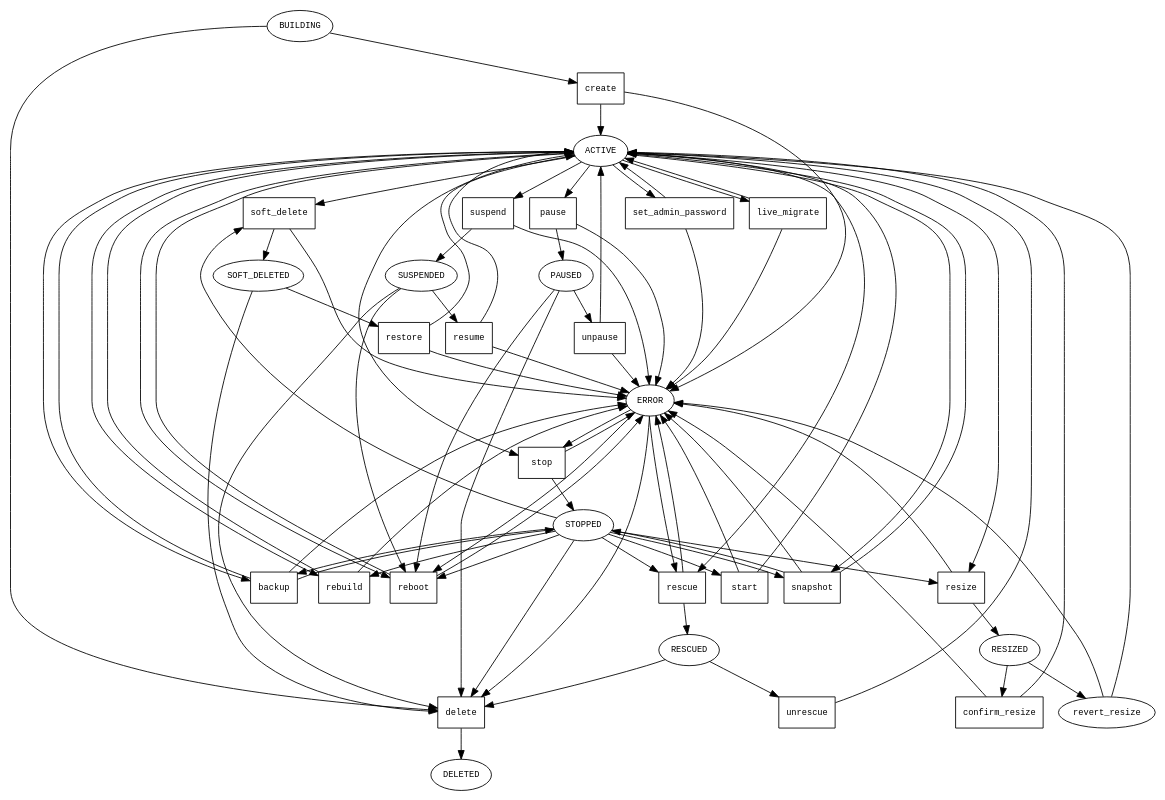
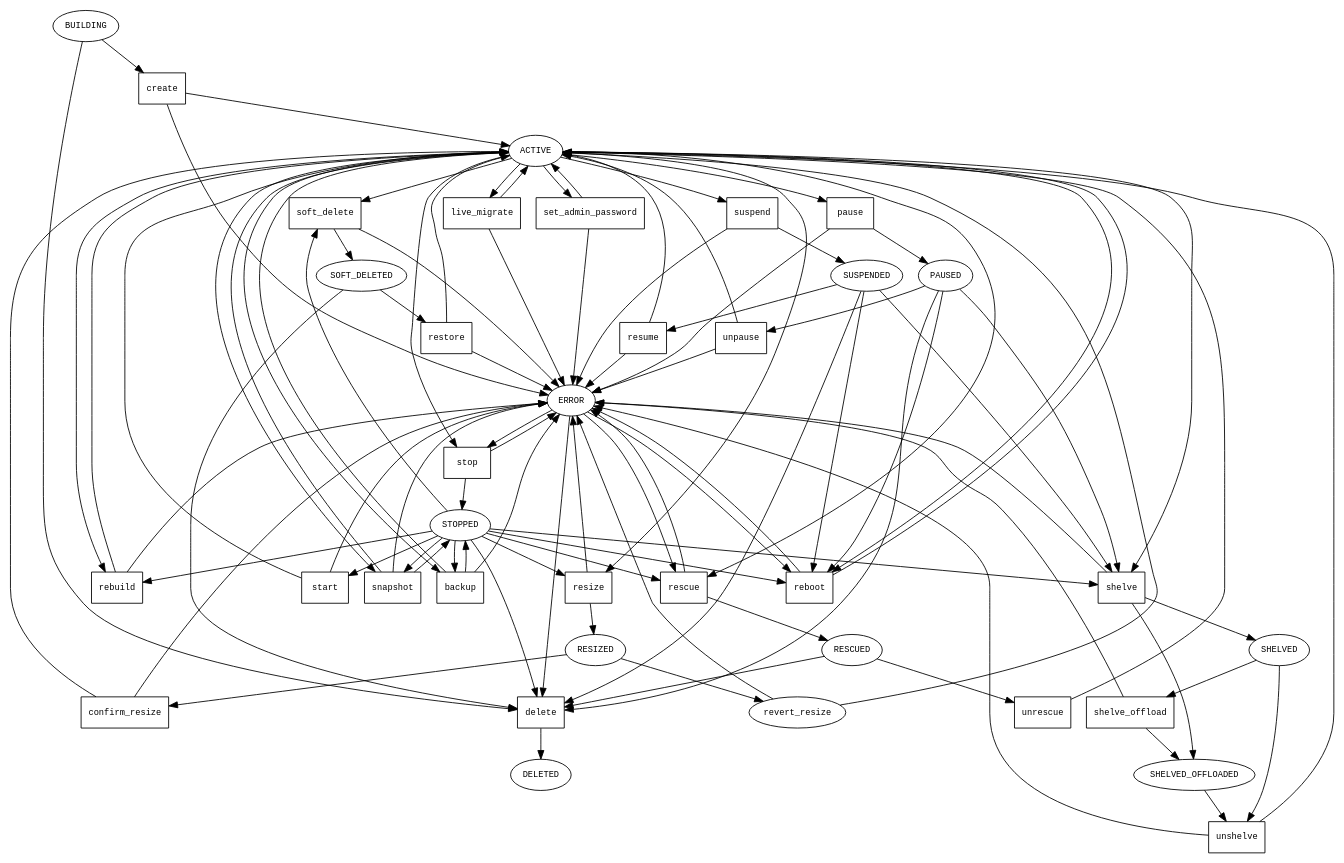
Before and after one commit to openstack/nova: the diagram in doc/source/devref/vmstates.rst, drawn with Graphviz.

Commit message:
Add shelve and unshelve info into devref doc
The diagram on http://docs.openstack.org/developer/nova/devref/vmstates.html
does not currently show the "SHELVED_OFFLOADED" state and the
associated "shelve", "shelveOffload" and "unshelve" state transitions.

Closes-Bug: #1394215

```diff
--- a/doc/source/devref/vmstates.rst
+++ b/doc/source/devref/vmstates.rst
@@ -24,6 +24,8 @@
     soft_deleted [label="SOFT_DELETED"]
     deleted [label="DELETED"]
     error [label="ERROR"]
+    shelved [label="SHELVED"]
+    shelved_offloaded [label="SHELVED_OFFLOADED"]
         
     /* apis */
     create [shape="rectangle"]
@@ -148,4 +150,24 @@
     live_migrate -> active
     live_migrate -> error
     active -> live_migrate
+
+    shelve [shape="rectangle"]
+    shelve -> shelved
+    shelve -> shelved_offloaded
+    shelve -> error
+    active -> shelve
+    stopped -> shelve
+    paused -> shelve
+    suspended -> shelve
+
+    shelve_offload [shape="rectangle"]
+    shelve_offload -> shelved_offloaded
+    shelve_offload -> error
+    shelved -> shelve_offload
+
+    unshelve [shape="rectangle"]
+    unshelve -> active
+    unshelve -> error
+    shelved -> unshelve
+    shelved_offloaded -> unshelve
   }
```
